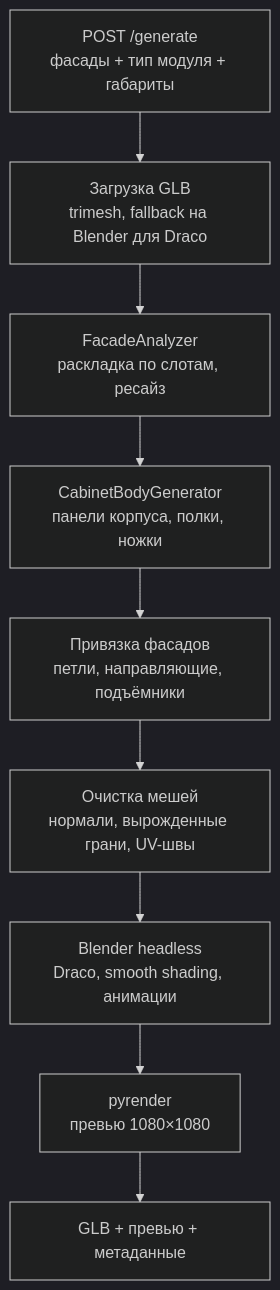
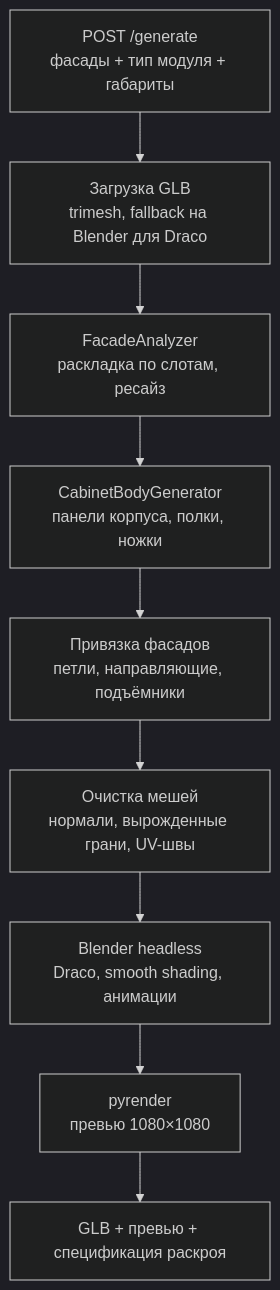
One commit to OlegShir/glb-generator-portfolio changed the diagram in README.md. Above: the diagram before and after it, drawn with Mermaid (dark theme). The commit also changed other lines of this file and 3 other files, not shown here.

First line of the commit message:
docs: интерфейс, параметричность и спецификация раскроя

````diff
--- a/README.md
+++ b/README.md
@@ -68,11 +104,11 @@
 ```mermaid
 flowchart TD
     A["POST /generate<br/>фасады + тип модуля + габариты"] --> B[Загрузка GLB<br/>trimesh, fallback на Blender для Draco]
     B --> C[FacadeAnalyzer<br/>раскладка по слотам, ресайз]
     C --> D[CabinetBodyGenerator<br/>панели корпуса, полки, ножки]
     D --> E[Привязка фасадов<br/>петли, направляющие, подъёмники]
     E --> F[Очистка мешей<br/>нормали, вырожденные грани, UV-швы]
     F --> G[Blender headless<br/>Draco, smooth shading, анимации]
     G --> H[pyrender<br/>превью 1080×1080]
-    H --> I["GLB + превью + метаданные"]
+    H --> I["GLB + превью + спецификация раскроя"]
 ```
````
